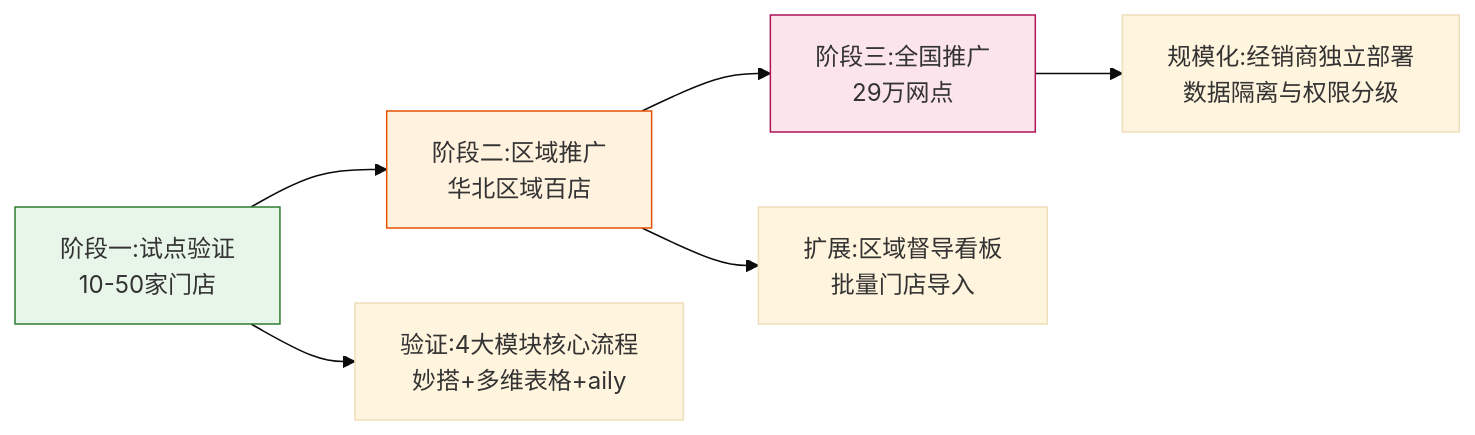
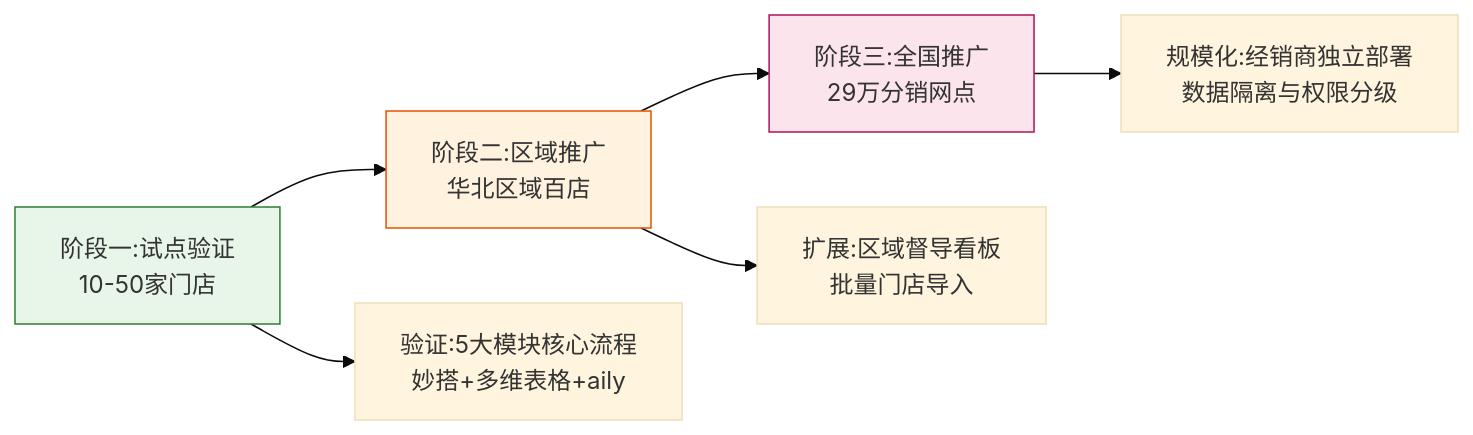
Diagram 17 of 17 in docs/02_技术方案架构设计文档.md (yunmm123/yuhong-smart-store), drawn with Mermaid (base theme) before and after one commit. The commit also changed other lines of this file and 34 other files, not shown here.

````diff
--- a/docs/02_技术方案架构设计文档.md
+++ b/docs/02_技术方案架构设计文档.md
@@ -922,13 +1086,13 @@
 ```mermaid
 flowchart LR
     P1["阶段一:试点验证\n10-50家门店"] --> P2["阶段二:区域推广\n华北区域百店"]
-    P2 --> P3["阶段三:全国推广\n29万网点"]
+    P2 --> P3["阶段三:全国推广\n29万分销网点"]
 
-    P1 --> M1["验证:4大模块核心流程\n妙搭+多维表格+aily"]
+    P1 --> M1["验证:5大模块核心流程\n妙搭+多维表格+aily"]
     P2 --> M2["扩展:区域督导看板\n批量门店导入"]
     P3 --> M3["规模化:经销商独立部署\n数据隔离与权限分级"]
 
     style P1 fill:#E8F5E9,stroke:#2E7D32
     style P2 fill:#FFF3E0,stroke:#E65100
     style P3 fill:#FCE4EC,stroke:#AD1457
 ```
````
